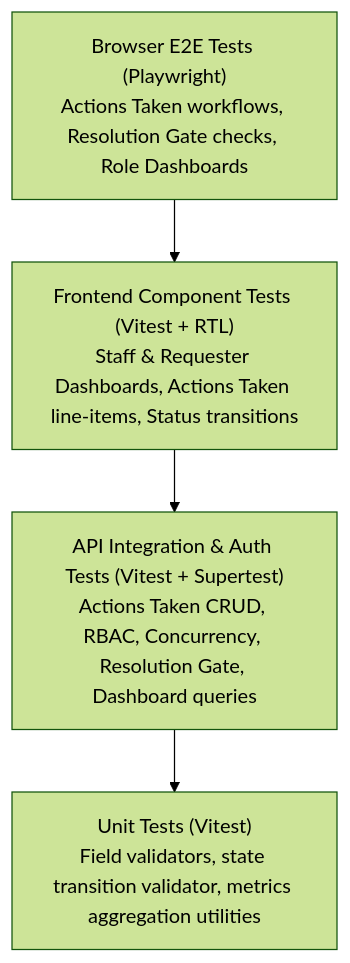
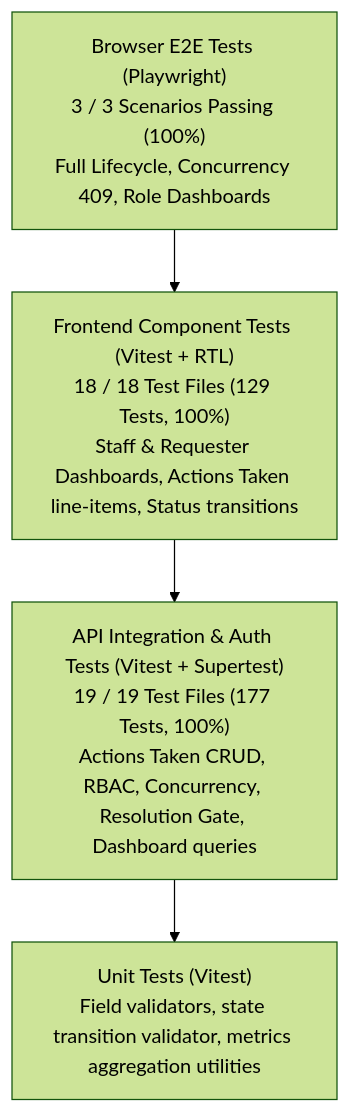
Before and after one commit to ShortXander101205/toktickit: the diagram in docs/lab-04/tests.md, drawn with Mermaid (forest theme). The commit also changed other lines of this file and 18 other files, not shown here.

Commit message:
feat: implement full client-side routing, dashboard views, and test suites for Lab 4

````diff
--- a/docs/lab-04/tests.md
+++ b/docs/lab-04/tests.md
@@ -15,11 +15,11 @@
 ```mermaid
 graph TD
-    E2E["Browser E2E Tests (Playwright)<br/>Actions Taken workflows, Resolution Gate checks, Role Dashboards"]
-    UI["Frontend Component Tests (Vitest + RTL)<br/>Staff & Requester Dashboards, Actions Taken line-items, Status transitions"]
-    API["API Integration & Auth Tests (Vitest + Supertest)<br/>Actions Taken CRUD, RBAC, Concurrency, Resolution Gate, Dashboard queries"]
+    E2E["Browser E2E Tests (Playwright)<br/>3 / 3 Scenarios Passing (100%)<br/>Full Lifecycle, Concurrency 409, Role Dashboards"]
+    UI["Frontend Component Tests (Vitest + RTL)<br/>18 / 18 Test Files (129 Tests, 100%)<br/>Staff & Requester Dashboards, Actions Taken line-items, Status transitions"]
+    API["API Integration & Auth Tests (Vitest + Supertest)<br/>19 / 19 Test Files (177 Tests, 100%)<br/>Actions Taken CRUD, RBAC, Concurrency, Resolution Gate, Dashboard queries"]
     UNIT["Unit Tests (Vitest)<br/>Field validators, state transition validator, metrics aggregation utilities"]
 
     E2E --> UI
     UI --> API
     API --> UNIT
 ```
````
